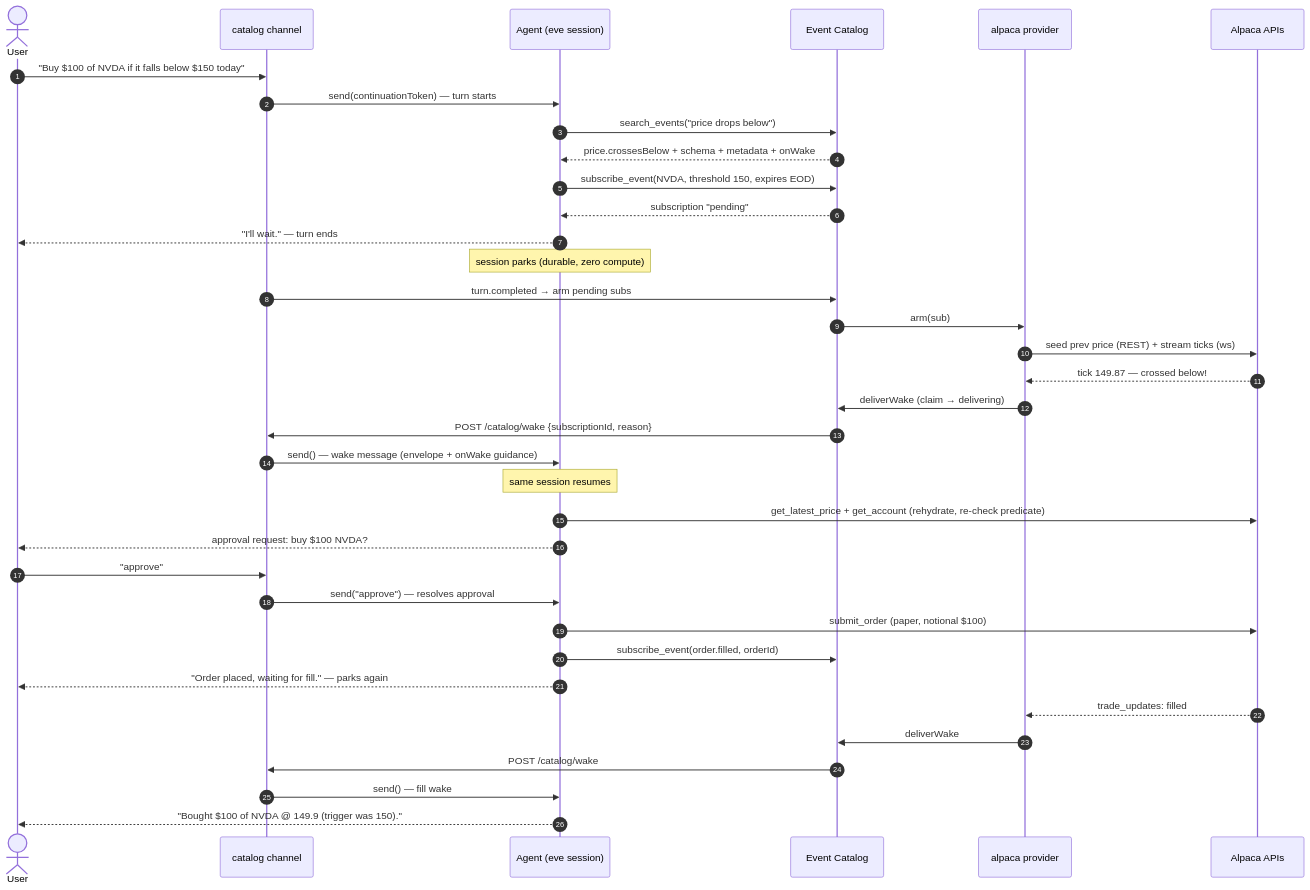
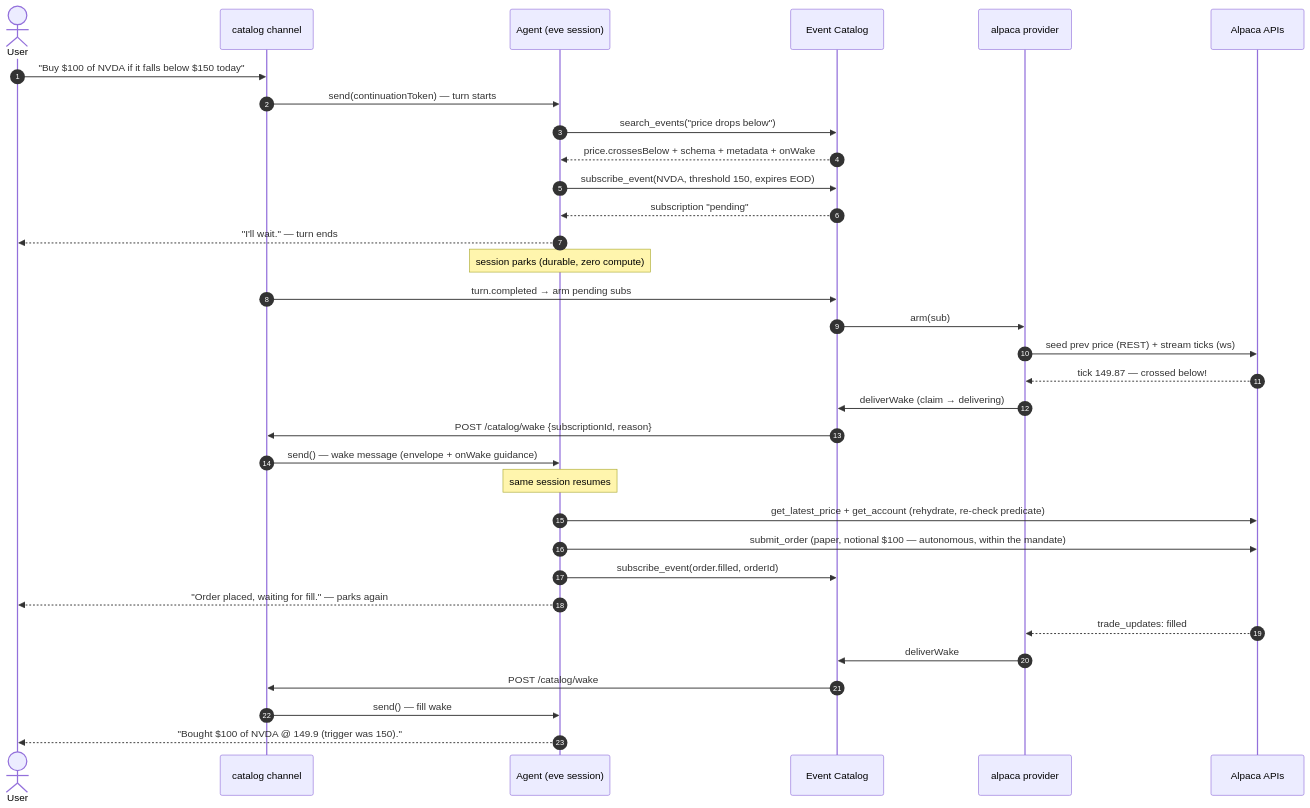
One commit to pcomans/eve-event-catalog changed the third of 4 diagrams in README.md. Above: the diagram before and after it, drawn with Mermaid. The commit also changed other lines of this file and 1 other file, not shown here.

Commit message:
Docs: full autonomy — retire approval flow from README + acceptance tests; precise tagline (events call back, catalog is discovery)

````diff
--- a/README.md
+++ b/README.md
@@ -133,39 +134,36 @@
 ```mermaid
 sequenceDiagram
     autonumber
     actor U as User
     participant CH as catalog channel
     participant A as Agent (eve session)
     participant C as Event Catalog
     participant P as alpaca provider
     participant X as Alpaca APIs
 
     U->>CH: "Buy $100 of NVDA if it falls below $150 today"
     CH->>A: send(continuationToken) — turn starts
     A->>C: search_events("price drops below")
     C-->>A: price.crossesBelow + schema + metadata + onWake
     A->>C: subscribe_event(NVDA, threshold 150, expires EOD)
     C-->>A: subscription "pending"
     A-->>U: "I'll wait." — turn ends
     Note over A: session parks (durable, zero compute)
     CH->>C: turn.completed → arm pending subs
     C->>P: arm(sub)
     P->>X: seed prev price (REST) + stream ticks (ws)
     X-->>P: tick 149.87 — crossed below!
     P->>C: deliverWake (claim → delivering)
     C->>CH: POST /catalog/wake {subscriptionId, reason}
     CH->>A: send() — wake message (envelope + onWake guidance)
     Note over A: same session resumes
     A->>X: get_latest_price + get_account (rehydrate, re-check predicate)
-    A-->>U: approval request: buy $100 NVDA?
-    U->>CH: "approve"
-    CH->>A: send("approve") — resolves approval
-    A->>X: submit_order (paper, notional $100)
+    A->>X: submit_order (paper, notional $100 — autonomous, within the mandate)
     A->>C: subscribe_event(order.filled, orderId)
     A-->>U: "Order placed, waiting for fill." — parks again
     X-->>P: trade_updates: filled
     P->>C: deliverWake
     C->>CH: POST /catalog/wake
     CH->>A: send() — fill wake
     A-->>U: "Bought $100 of NVDA @ 149.9 (trigger was 150)."
 ```
````
